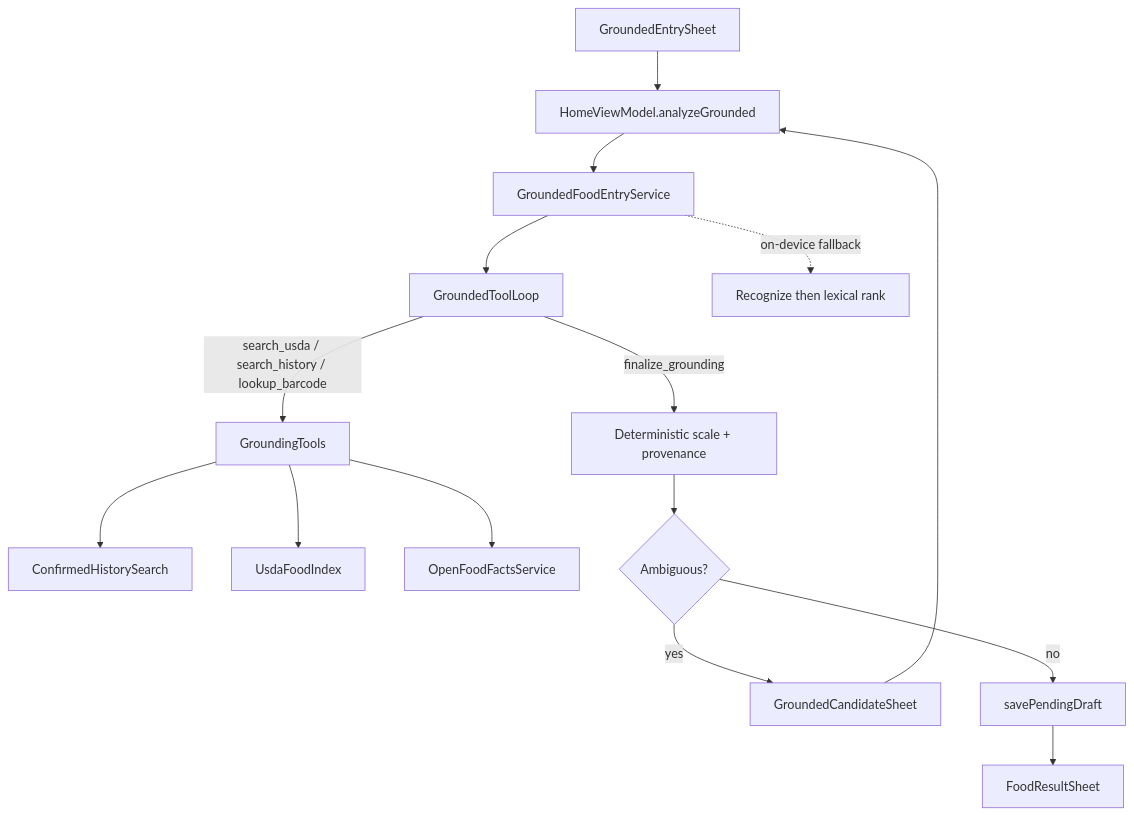
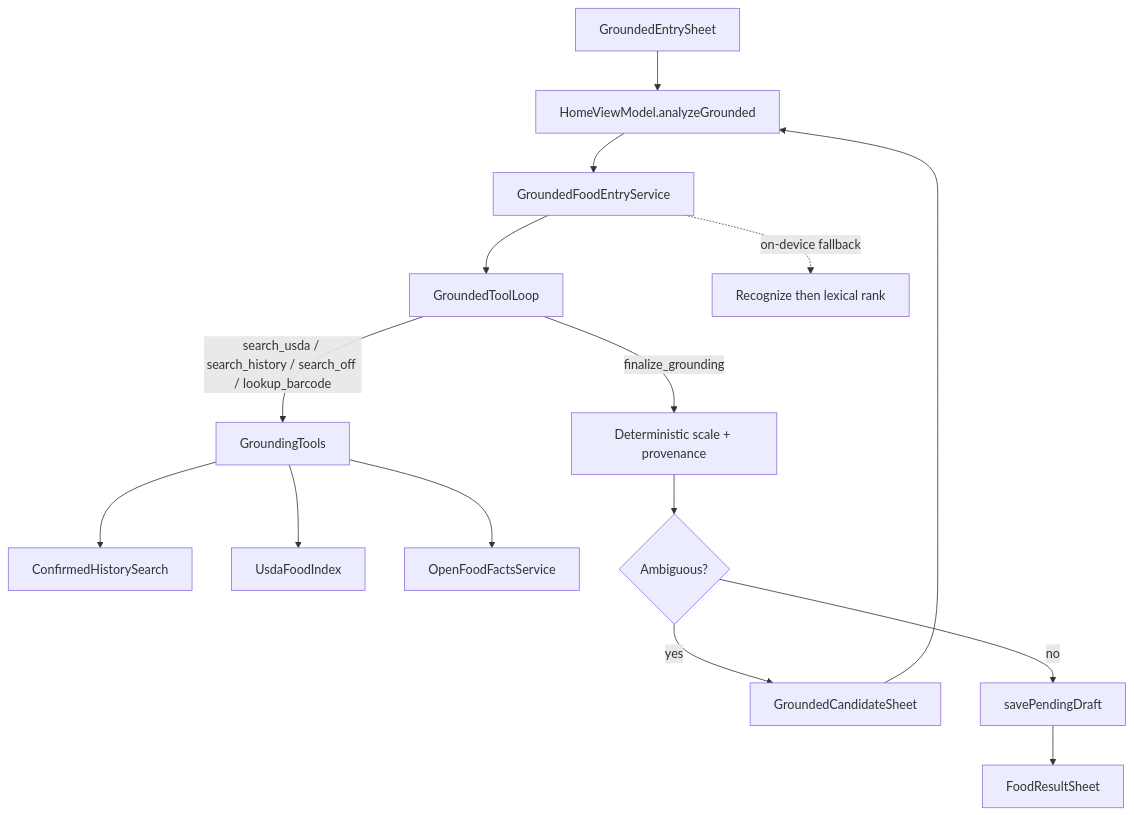
One commit to fitguyfitguy/Chompass changed the diagram in docs/GROUNDED_ENTRY.md. Above: the diagram before and after it, drawn with Mermaid. The commit also changed other lines of this file and 20 other files, not shown here.

First line of the commit message:
Enhance grounding tools with Open Food Facts integration

````diff
--- a/docs/GROUNDED_ENTRY.md
+++ b/docs/GROUNDED_ENTRY.md
@@ -140,17 +154,17 @@
 ```mermaid
 flowchart TD
   Sheet[GroundedEntrySheet] --> HVM[HomeViewModel.analyzeGrounded]
   HVM --> GFE[GroundedFoodEntryService]
   GFE --> Loop[GroundedToolLoop]
-  Loop -->|"search_usda / search_history / lookup_barcode"| Tools[GroundingTools]
+  Loop -->|"search_usda / search_history / search_off / lookup_barcode"| Tools[GroundingTools]
   Tools --> Hist[ConfirmedHistorySearch]
   Tools --> Usda[UsdaFoodIndex]
   Tools --> Off[OpenFoodFactsService]
   Loop -->|"finalize_grounding"| Scale[Deterministic scale + provenance]
   Scale --> Cand{Ambiguous?}
   Cand -->|yes| Review[GroundedCandidateSheet]
   Review --> HVM
   Cand -->|no| Draft[savePendingDraft]
   Draft --> Result[FoodResultSheet]
   GFE -.->|on-device fallback| Det[Recognize then lexical rank]
 ```
````
